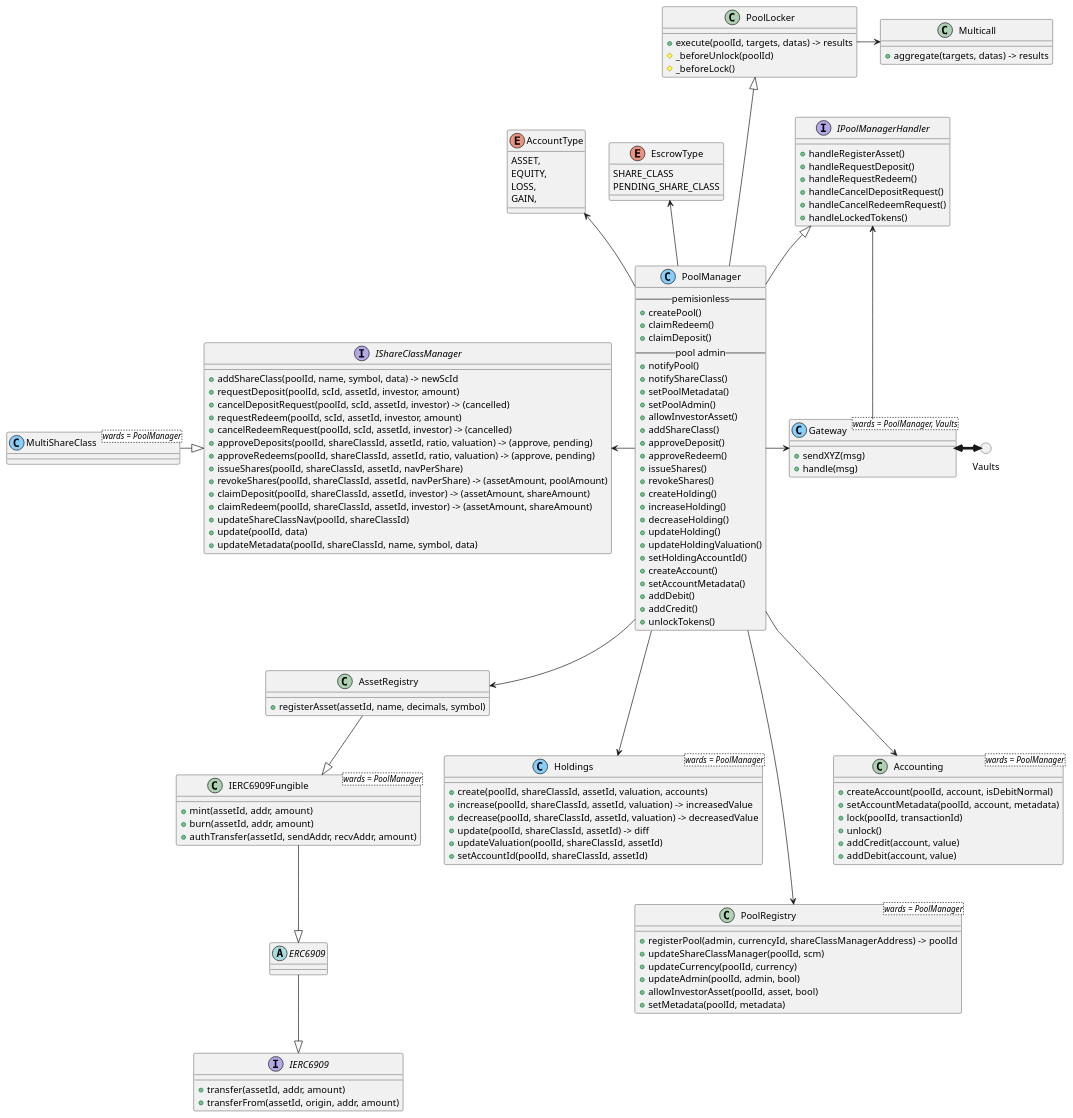
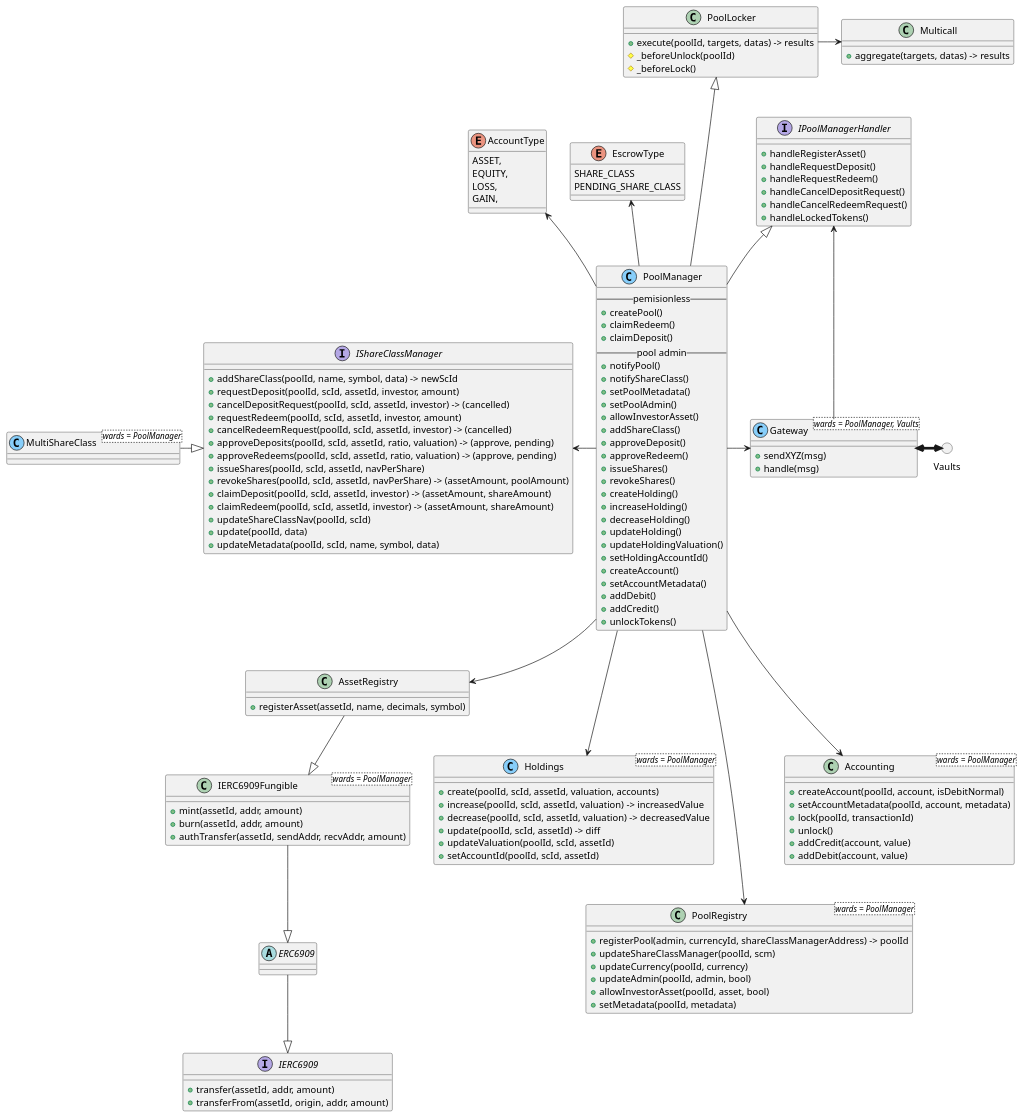
One commit to centrifuge/protocol changed the diagram in docs/pools/architecture.puml. Above: the diagram before and after it, drawn with PlantUML. The commit also changed 77 other files, not shown here.

```diff
--- a/docs/pools/architecture.puml
+++ b/docs/pools/architecture.puml
@@ -1,155 +1,155 @@
 @startuml
 circle Vaults
 
 interface IERC6909 {
     + transfer(assetId, addr, amount)
     + transferFrom(assetId, origin, addr, amount)
 }
 
 abstract ERC6909 { }
 
 ERC6909 --|> IERC6909
 
 class IERC6909Fungible<wards = PoolManager> {
     + mint(assetId, addr, amount)
     + burn(assetId, addr, amount)
     + authTransfer(assetId, sendAddr, recvAddr, amount)
 }
 
 IERC6909Fungible --|> ERC6909
 
 class AssetRegistry {
     + registerAsset(assetId, name, decimals, symbol)
 }
 
 AssetRegistry --|> IERC6909Fungible
 
 class Holdings<wards = PoolManager> <<(C, lightskyblue)>> {
-    + create(poolId, shareClassId, assetId, valuation, accounts)
-    + increase(poolId, shareClassId, assetId, valuation) -> increasedValue
-    + decrease(poolId, shareClassId, assetId, valuation) -> decreasedValue
-    + update(poolId, shareClassId, assetId) -> diff
-    + updateValuation(poolId, shareClassId, assetId)
-    + setAccountId(poolId, shareClassId, assetId)
+    + create(poolId, scId, assetId, valuation, accounts)
+    + increase(poolId, scId, assetId, valuation) -> increasedValue
+    + decrease(poolId, scId, assetId, valuation) -> decreasedValue
+    + update(poolId, scId, assetId) -> diff
+    + updateValuation(poolId, scId, assetId)
+    + setAccountId(poolId, scId, assetId)
 }
 
 class PoolRegistry<wards = PoolManager> {
     + registerPool(admin, currencyId, shareClassManagerAddress) -> poolId
     + updateShareClassManager(poolId, scm)
     + updateCurrency(poolId, currency)
     + updateAdmin(poolId, admin, bool)
     + allowInvestorAsset(poolId, asset, bool)
     + setMetadata(poolId, metadata)
 }
 
 interface IShareClassManager {
     + addShareClass(poolId, name, symbol, data) -> newScId
     + requestDeposit(poolId, scId, assetId, investor, amount)
     + cancelDepositRequest(poolId, scId, assetId, investor) -> (cancelled)
     + requestRedeem(poolId, scId, assetId, investor, amount)
     + cancelRedeemRequest(poolId, scId, assetId, investor) -> (cancelled)
-    + approveDeposits(poolId, shareClassId, assetId, ratio, valuation) -> (approve, pending)
-    + approveRedeems(poolId, shareClassId, assetId, ratio, valuation) -> (approve, pending)
-    + issueShares(poolId, shareClassId, assetId, navPerShare)
-    + revokeShares(poolId, shareClassId, assetId, navPerShare) -> (assetAmount, poolAmount)
-    + claimDeposit(poolId, shareClassId, assetId, investor) -> (assetAmount, shareAmount)
-    + claimRedeem(poolId, shareClassId, assetId, investor) -> (assetAmount, shareAmount)
-    + updateShareClassNav(poolId, shareClassId)
+    + approveDeposits(poolId, scId, assetId, ratio, valuation) -> (approve, pending)
+    + approveRedeems(poolId, scId, assetId, ratio, valuation) -> (approve, pending)
+    + issueShares(poolId, scId, assetId, navPerShare)
+    + revokeShares(poolId, scId, assetId, navPerShare) -> (assetAmount, poolAmount)
+    + claimDeposit(poolId, scId, assetId, investor) -> (assetAmount, shareAmount)
+    + claimRedeem(poolId, scId, assetId, investor) -> (assetAmount, shareAmount)
+    + updateShareClassNav(poolId, scId)
     + update(poolId, data)
-    + updateMetadata(poolId, shareClassId, name, symbol, data)
+    + updateMetadata(poolId, scId, name, symbol, data)
 }
 
 class MultiShareClass<wards = PoolManager> <<(C, lightskyblue)>>{ }
 MultiShareClass -down|> IShareClassManager
 
 class Accounting<wards = PoolManager> {
     + createAccount(poolId, account, isDebitNormal)
     + setAccountMetadata(poolId, account, metadata)
     + lock(poolId, transactionId)
     + unlock()
     + addCredit(account, value)
     + addDebit(account, value)
 }
 
 class Multicall {
     + aggregate(targets, datas) -> results
 }
 
 class PoolLocker {
     + execute(poolId, targets, datas) -> results
     # _beforeUnlock(poolId)
     # _beforeLock()
 }
 
 PoolLocker -right-> Multicall
 
 enum EscrowType {
     SHARE_CLASS
     PENDING_SHARE_CLASS
 }
 
 enum AccountType {
     ASSET,
     EQUITY,
     LOSS,
     GAIN,
 }
 
 interface IPoolManagerHandler {
     + handleRegisterAsset()
     + handleRequestDeposit()
     + handleRequestRedeem()
     + handleCancelDepositRequest()
     + handleCancelRedeemRequest()
     + handleLockedTokens()
 }
 
 class PoolManager <<(C, lightskyblue)>> {
     -- pemisionless --
     + createPool()
     + claimRedeem()
     + claimDeposit()
     -- pool admin --
     + notifyPool()
     + notifyShareClass()
     + setPoolMetadata()
     + setPoolAdmin()
     + allowInvestorAsset()
     + addShareClass()
     + approveDeposit()
     + approveRedeem()
     + issueShares()
     + revokeShares()
     + createHolding()
     + increaseHolding()
     + decreaseHolding()
     + updateHolding()
     + updateHoldingValuation()
     + setHoldingAccountId()
     + createAccount()
     + setAccountMetadata()
     + addDebit()
     + addCredit()
     + unlockTokens()
 }
 
 PoolManager -up-|> IPoolManagerHandler
 PoolManager -up--|> PoolLocker
 PoolManager -up-> EscrowType
 PoolManager -up-> AccountType
 PoolManager -down---> PoolRegistry
 PoolManager -left-> IShareClassManager
 PoolManager -down--> Accounting
 PoolManager -down-> AssetRegistry
 PoolManager -down--> Holdings
 PoolManager -right-> Gateway
 
 class Gateway<wards = PoolManager, Vaults> <<(C, lightskyblue)>> {
     + sendXYZ(msg)
     + handle(msg)
 }
 
 Gateway <-[thickness=4]right-> Vaults
 Gateway -up-> IPoolManagerHandler
 
 @enduml
```
